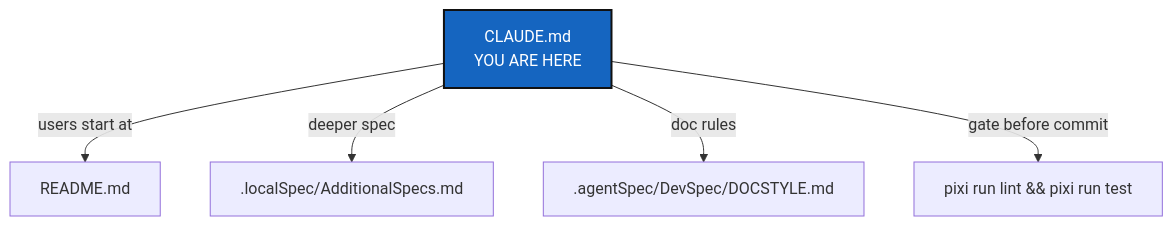
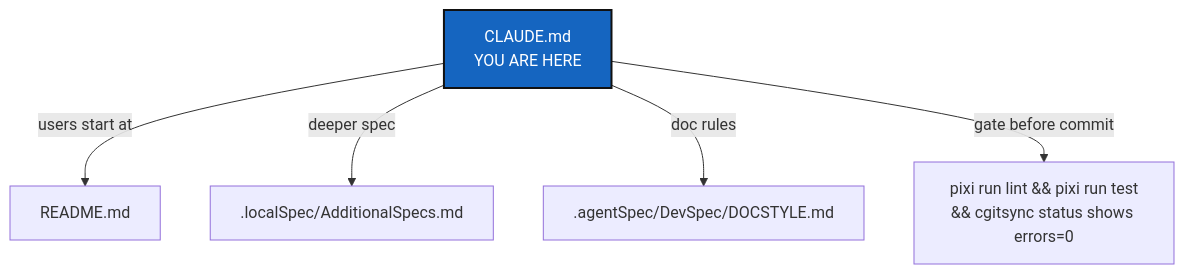
Before and after one commit to flipoyo/.claude: the diagram in CLAUDE.md, drawn with Mermaid. The commit also changed other lines of this file, not shown here.

Commit message:
cgitsync0002.84 pull no longer aborts the whole tree when one repository's branch has never been pushed: it skips that one repository, the same distinction freeze-release's own pull already drew, instead of failing everything on one missing remote ref

````diff
--- a/CLAUDE.md
+++ b/CLAUDE.md
@@ -25,10 +25,10 @@
 ```mermaid
 graph TD
     CLAUDE["CLAUDE.md<br/>YOU ARE HERE"] -->|users start at| README["README.md"]
     CLAUDE -->|deeper spec| SPEC[".localSpec/AdditionalSpecs.md"]
     CLAUDE -->|doc rules| STYLE[".agentSpec/DevSpec/DOCSTYLE.md"]
-    CLAUDE -->|gate before commit| CI["pixi run lint && pixi run test"]
+    CLAUDE -->|gate before commit| CI["pixi run lint && pixi run test<br/>&& cgitsync status shows errors=0"]
 
     classDef here fill:#1565C0,color:#fff,stroke:#111,stroke-width:2px;
     class CLAUDE here;
 ```
````
